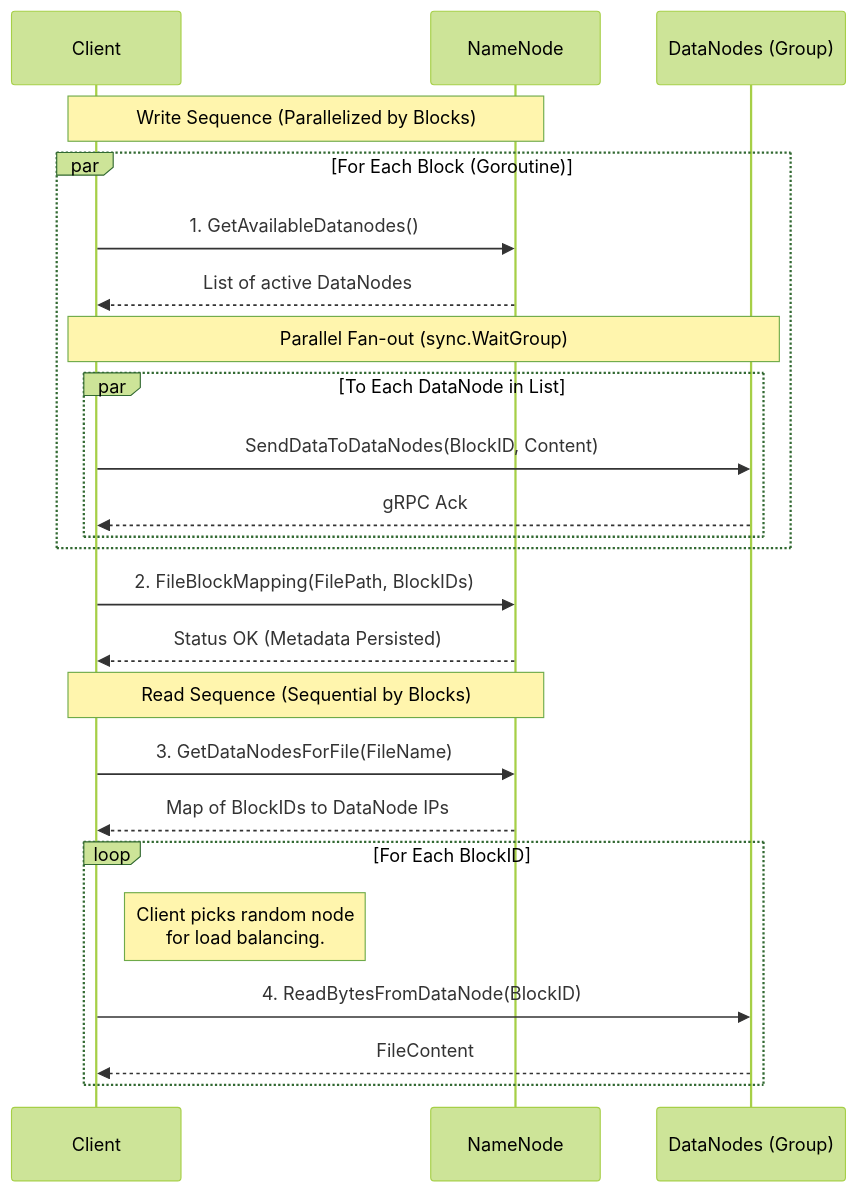
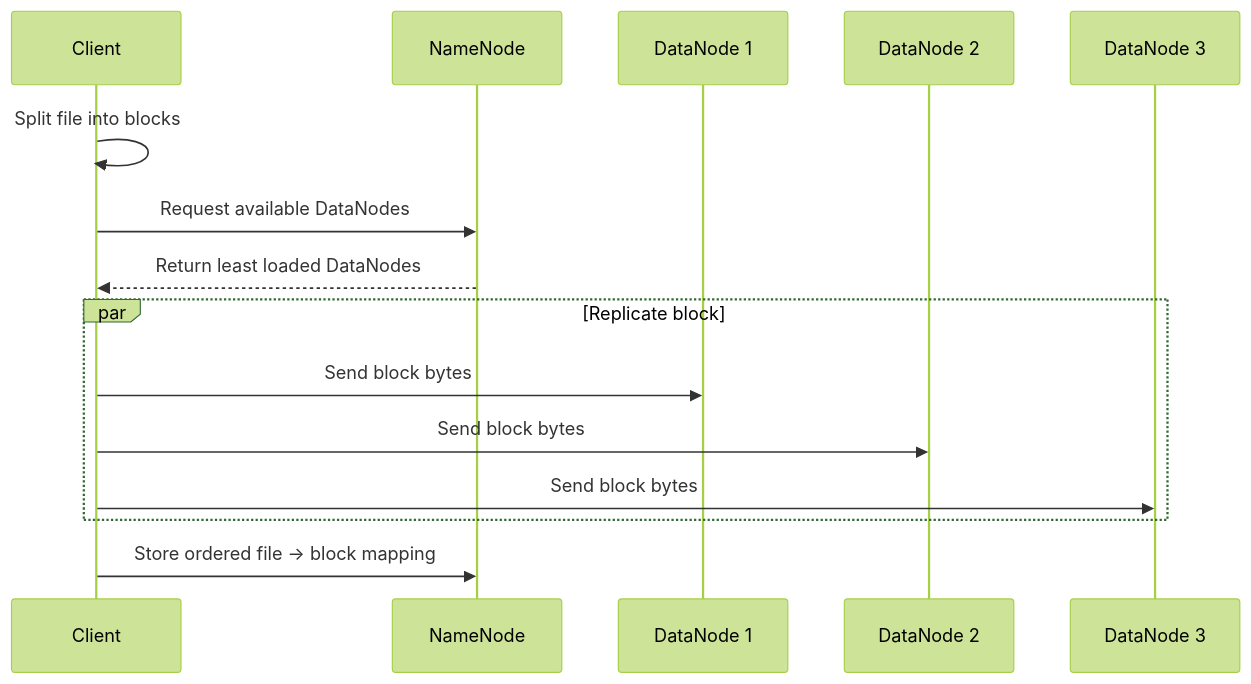
The second of 3 diagrams in README.md (SuhasR3/GoDFS), drawn with Mermaid (forest theme) before and after one commit. The commit also changed other lines of this file, not shown here.

````diff
--- a/README.md
+++ b/README.md
@@ -32,32 +60,20 @@
 ```mermaid
 sequenceDiagram
     participant C as Client
     participant N as NameNode
-    participant D as DataNodes (Group)
-    
-    Note over C,N: Write Sequence (Parallelized by Blocks)
-    
-    par For Each Block (Goroutine)
-        C->>N: 1. GetAvailableDatanodes()
-        N-->>C: List of active DataNodes
-        
-        Note over C,D: Parallel Fan-out (sync.WaitGroup)
-        par To Each DataNode in List
-            C->>D: SendDataToDataNodes(BlockID, Content)
-            D-->>C: gRPC Ack
-        end
+    participant D1 as DataNode 1
+    participant D2 as DataNode 2
+    participant D3 as DataNode 3
+
+    C->>C: Split file into blocks
+    C->>N: Request available DataNodes
+    N-->>C: Return least loaded DataNodes
+
+    par Replicate block
+        C->>D1: Send block bytes
+        C->>D2: Send block bytes
+        C->>D3: Send block bytes
     end
-    
-    C->>N: 2. FileBlockMapping(FilePath, BlockIDs)
-    N-->>C: Status OK (Metadata Persisted)
 
-    Note over C,N: Read Sequence (Sequential by Blocks)
-    C->>N: 3. GetDataNodesForFile(FileName)
-    N-->>C: Map of BlockIDs to DataNode IPs
-    
-    loop For Each BlockID
-        Note right of C: Client picks random node<br/>for load balancing.
-        C->>D: 4. ReadBytesFromDataNode(BlockID)
-        D-->>C: FileContent
-    end
+    C->>N: Store ordered file → block mapping
 ```
````
